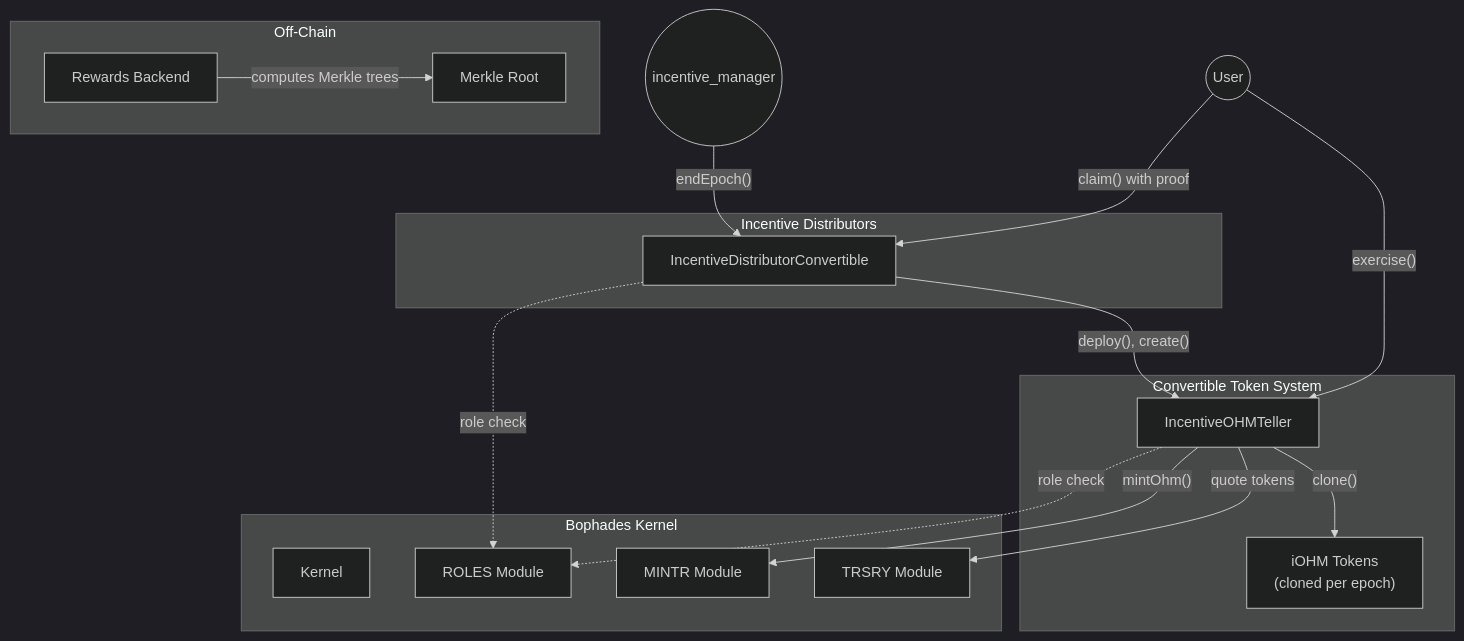
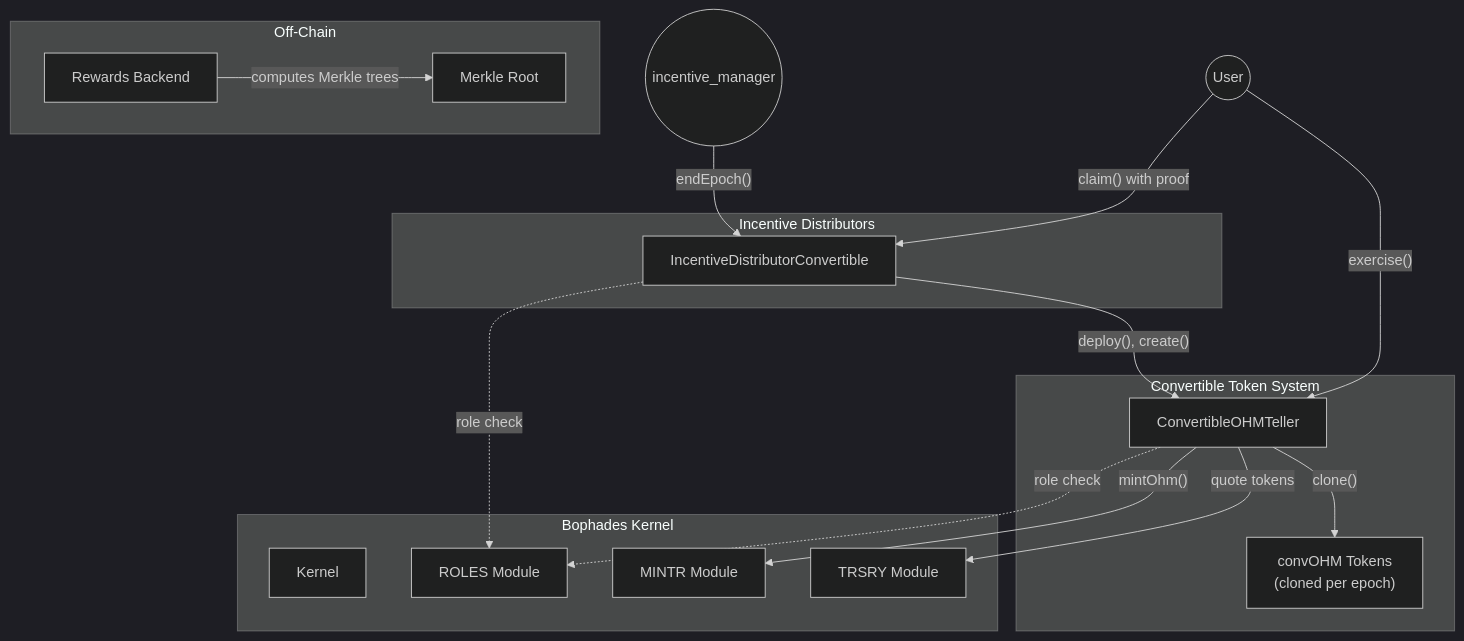
The first of 6 diagrams in audit/2026-03_incentives/README.md (OlympusDAO/olympus-v3), drawn with Mermaid (dark theme) before and after one commit. The commit also changed other lines of this file and 20 other files, not shown here.

Commit message:
refactor: rename `IncentiveOHM` to `ConvertibleOHM` across files, contracts, and docs

````diff
--- a/audit/2026-03_incentives/README.md
+++ b/audit/2026-03_incentives/README.md
@@ -138,37 +138,37 @@
 ```mermaid
 flowchart TD
     subgraph Off-Chain
         Backend["Rewards Backend"]
         Backend -->|"computes Merkle trees"| MerkleRoot["Merkle Root"]
     end
 
     subgraph Bophades Kernel
         Kernel["Kernel"]
         ROLES["ROLES Module"]
         MINTR["MINTR Module"]
         TRSRY["TRSRY Module"]
     end
 
     subgraph Incentive Distributors
         DistConv["IncentiveDistributorConvertible"]
     end
 
     subgraph Convertible Token System
-        Teller["IncentiveOHMTeller"]
-        ConvToken["iOHM Tokens\n(cloned per epoch)"]
+        Teller["ConvertibleOHMTeller"]
+        ConvToken["convOHM Tokens\n(cloned per epoch)"]
     end
 
     Admin((incentive_manager)) -->|"endEpoch()"| DistConv
 
     DistConv -->|"deploy(), create()"| Teller
     Teller -->|"clone()"| ConvToken
 
     User((User)) -->|"claim() with proof"| DistConv
     User -->|"exercise()"| Teller
 
     Teller -->|"mintOhm()"| MINTR
     Teller -->|"quote tokens"| TRSRY
 
     DistConv -.->|"role check"| ROLES
     Teller -.->|"role check"| ROLES
 ```
````
